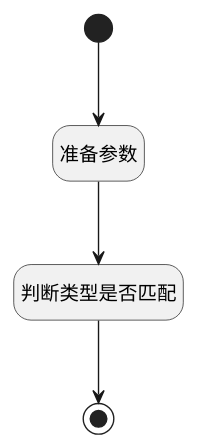
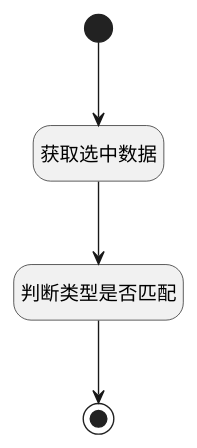
Before and after one commit to iBizLab/plm: the diagram in doc/docsify/module/ProjMgmt/work_item/uilogic/before_state_change.md, drawn with PlantUML. The commit also changed other lines of this file and 713 other files, not shown here.

````diff
--- a/doc/docsify/module/ProjMgmt/work_item/uilogic/before_state_change.md
+++ b/doc/docsify/module/ProjMgmt/work_item/uilogic/before_state_change.md
@@ -7,23 +7,23 @@
 ```plantuml
 @startuml
 hide footbox
 <style>
 root {
   HyperlinkColor #42b983
 }
 </style>
 
 hide empty description
 state "开始" as Begin <<start>> [[$./before_state_change#begin {开始}]]
+state "获取选中数据" as PREPAREJSPARAM1  [[$./before_state_change#preparejsparam1 {获取选中数据}]]
+state "判断类型是否匹配" as RAWJSCODE1  [[$./before_state_change#rawjscode1 {判断类型是否匹配}]]
 state "结束" as END1 <<end>> [[$./before_state_change#end1 {结束}]]
-state "准备参数" as PREPAREJSPARAM1  [[$./before_state_change#preparejsparam1 {准备参数}]]
-state "判断类型是否匹配" as RAWJSCODE1  [[$./before_state_change#rawjscode1 {判断类型是否匹配}]]
 
 
 Begin --> PREPAREJSPARAM1
 PREPAREJSPARAM1 --> RAWJSCODE1
 RAWJSCODE1 --> END1
 
 
 @enduml
 ```
````
